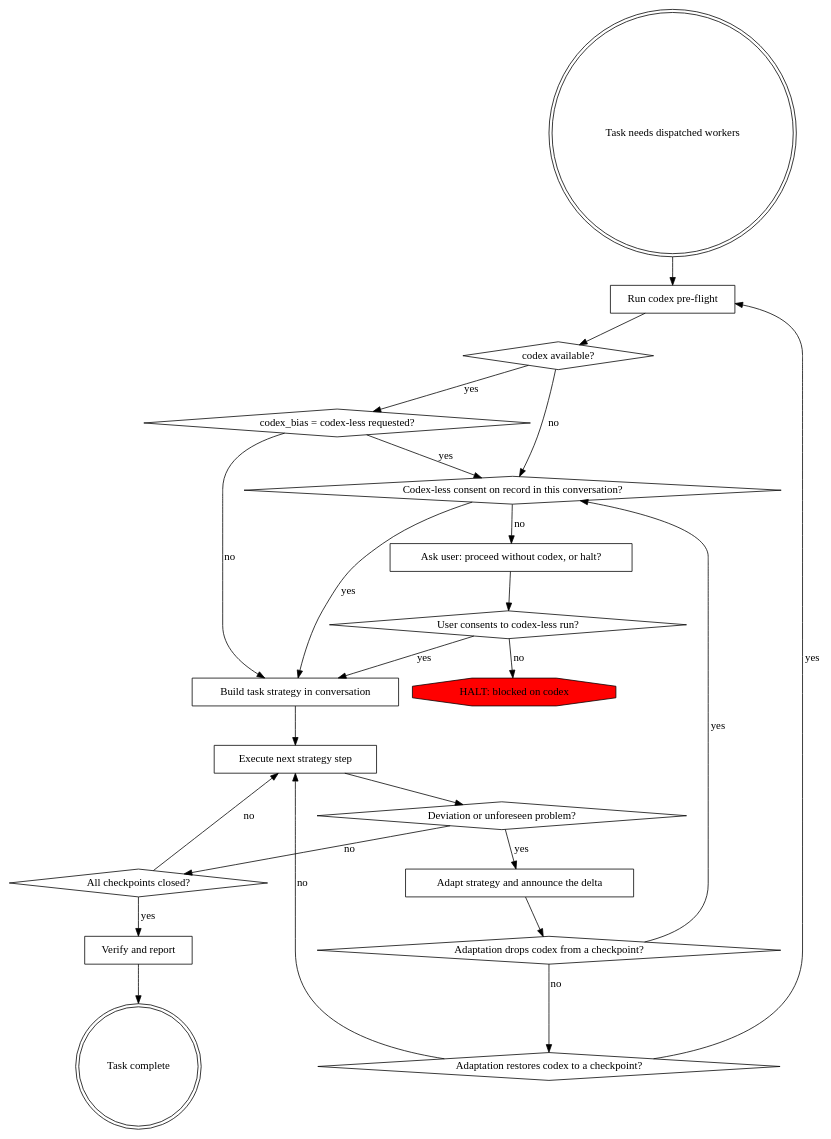
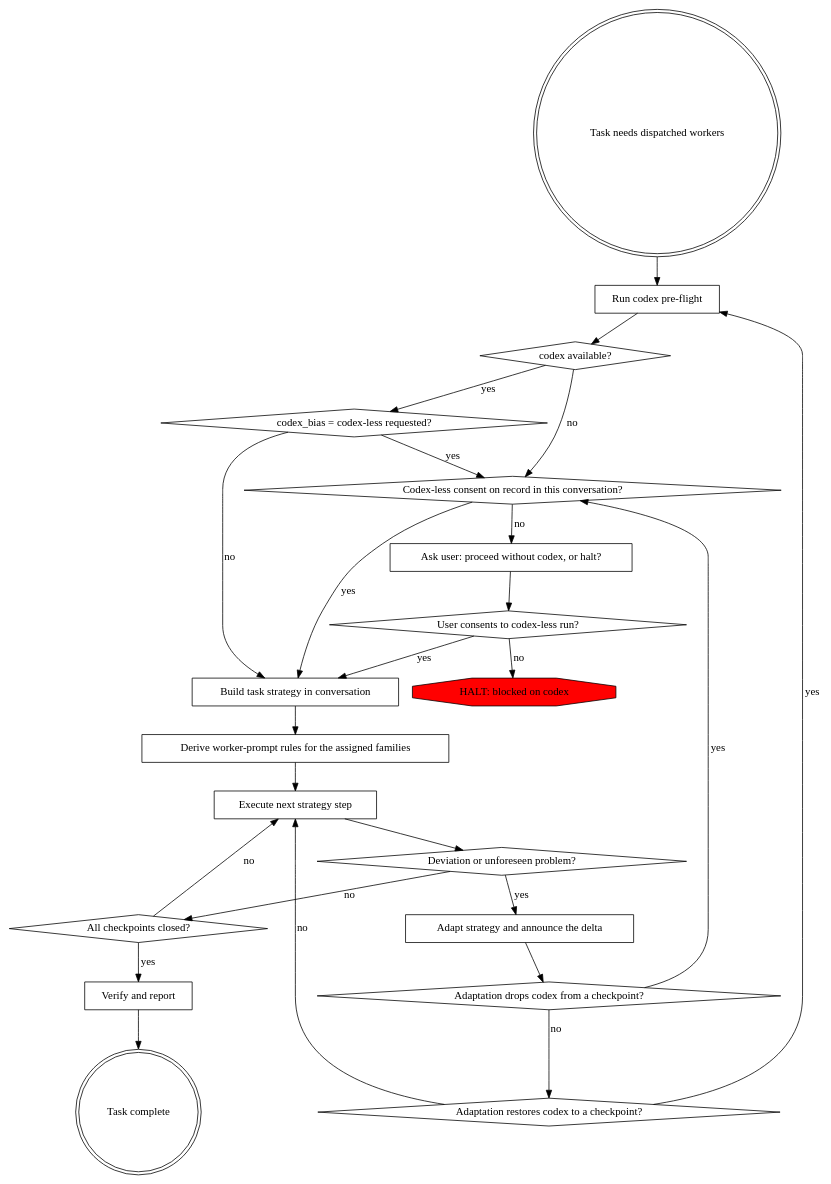
The diagram in plugins/subagent-orchestrator/skills/orchestrating-subagent-work/SKILL.md (it-bens/ai-tools), drawn with Graphviz before and after one commit. The commit also changed other lines of this file and 5 other files, not shown here.

````diff
--- a/plugins/subagent-orchestrator/skills/orchestrating-subagent-work/SKILL.md
+++ b/plugins/subagent-orchestrator/skills/orchestrating-subagent-work/SKILL.md
@@ -30,45 +31,47 @@
 ```dot
 digraph orchestrating_subagent_work {
     "Task needs dispatched workers" [shape=doublecircle];
     "Run codex pre-flight" [shape=box];
     "codex available?" [shape=diamond];
     "codex_bias = codex-less requested?" [shape=diamond];
     "Codex-less consent on record in this conversation?" [shape=diamond];
     "Ask user: proceed without codex, or halt?" [shape=box];
     "User consents to codex-less run?" [shape=diamond];
     "HALT: blocked on codex" [shape=octagon, style=filled, fillcolor=red];
     "Build task strategy in conversation" [shape=box];
+    "Derive worker-prompt rules for the assigned families" [shape=box];
     "Execute next strategy step" [shape=box];
     "Deviation or unforeseen problem?" [shape=diamond];
     "Adapt strategy and announce the delta" [shape=box];
     "Adaptation drops codex from a checkpoint?" [shape=diamond];
     "Adaptation restores codex to a checkpoint?" [shape=diamond];
     "All checkpoints closed?" [shape=diamond];
     "Verify and report" [shape=box];
     "Task complete" [shape=doublecircle];
 
     "Task needs dispatched workers" -> "Run codex pre-flight";
     "Run codex pre-flight" -> "codex available?";
     "codex available?" -> "codex_bias = codex-less requested?" [label="yes"];
     "codex_bias = codex-less requested?" -> "Codex-less consent on record in this conversation?" [label="yes"];
     "codex_bias = codex-less requested?" -> "Build task strategy in conversation" [label="no"];
     "codex available?" -> "Codex-less consent on record in this conversation?" [label="no"];
     "Codex-less consent on record in this conversation?" -> "Build task strategy in conversation" [label="yes"];
     "Codex-less consent on record in this conversation?" -> "Ask user: proceed without codex, or halt?" [label="no"];
     "Ask user: proceed without codex, or halt?" -> "User consents to codex-less run?";
     "User consents to codex-less run?" -> "Build task strategy in conversation" [label="yes"];
     "User consents to codex-less run?" -> "HALT: blocked on codex" [label="no"];
-    "Build task strategy in conversation" -> "Execute next strategy step";
+    "Build task strategy in conversation" -> "Derive worker-prompt rules for the assigned families";
+    "Derive worker-prompt rules for the assigned families" -> "Execute next strategy step";
     "Execute next strategy step" -> "Deviation or unforeseen problem?";
     "Deviation or unforeseen problem?" -> "All checkpoints closed?" [label="no"];
     "Deviation or unforeseen problem?" -> "Adapt strategy and announce the delta" [label="yes"];
     "Adapt strategy and announce the delta" -> "Adaptation drops codex from a checkpoint?";
     "Adaptation drops codex from a checkpoint?" -> "Codex-less consent on record in this conversation?" [label="yes"];
     "Adaptation drops codex from a checkpoint?" -> "Adaptation restores codex to a checkpoint?" [label="no"];
     "Adaptation restores codex to a checkpoint?" -> "Run codex pre-flight" [label="yes"];
     "Adaptation restores codex to a checkpoint?" -> "Execute next strategy step" [label="no"];
     "All checkpoints closed?" -> "Execute next strategy step" [label="no"];
     "All checkpoints closed?" -> "Verify and report" [label="yes"];
     "Verify and report" -> "Task complete";
 }
 ```
````
